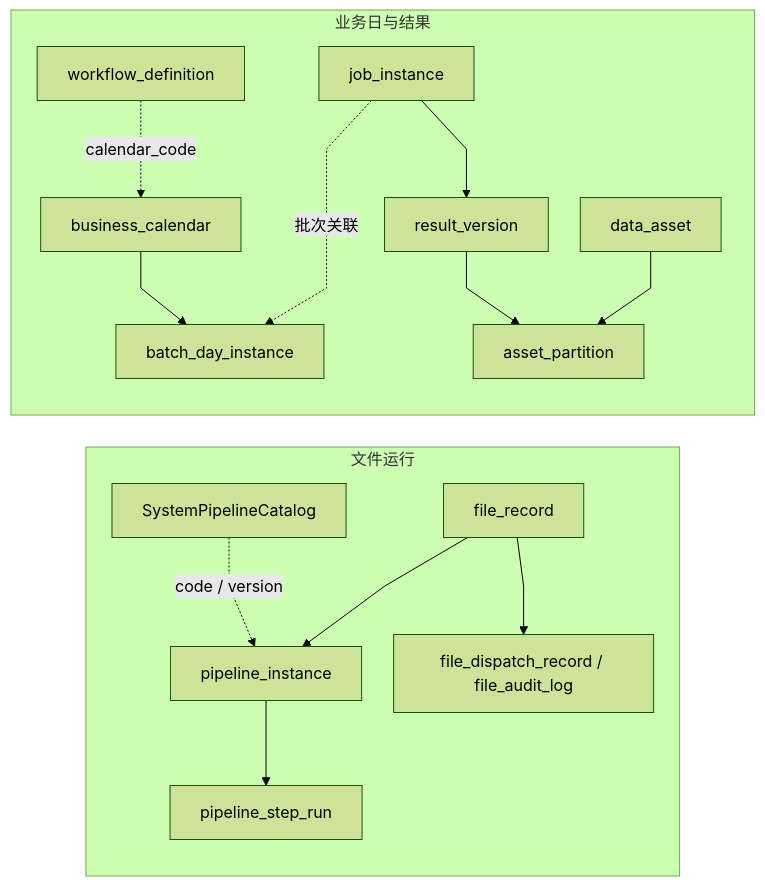
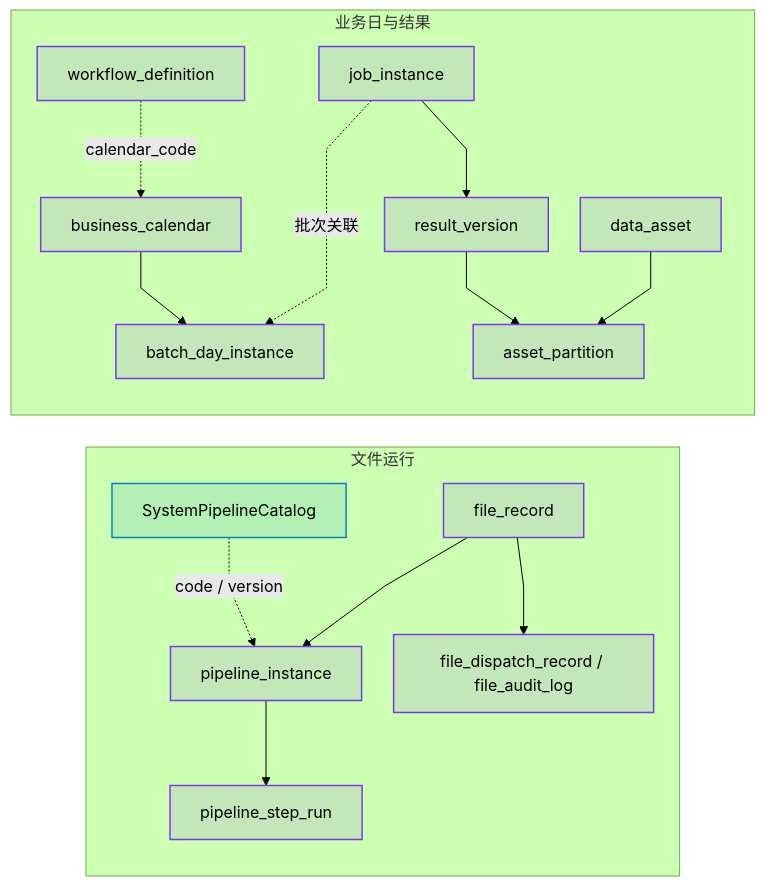
One commit to pinpols/file-batch-system changed the third of 3 diagrams in docs/design/database-schema-guide.md. Above: the diagram before and after it, drawn with Mermaid (forest theme). The commit also changed other lines of this file and 34 other files, not shown here.

First line of the commit message:
docs(diagram): 完成 P3 Mermaid 图样式收口并补充制图规范 (#1390)

````diff
--- a/docs/design/database-schema-guide.md
+++ b/docs/design/database-schema-guide.md
@@ -73,18 +79,21 @@
 ```mermaid
 %%{init: {"flowchart":{"curve":"linear","nodeSpacing":32,"rankSpacing":48},"sequence":{"mirrorActors":false}}}%%
 flowchart LR
   subgraph files[文件运行]
-    F[file_record] --> PI[pipeline_instance]
-    C[SystemPipelineCatalog] -. code / version .-> PI
-    PI --> PS[pipeline_step_run]
-    F --> FD[file_dispatch_record / file_audit_log]
+    F[file_record]:::store --> PI[pipeline_instance]:::store
+    C[SystemPipelineCatalog]:::control -. code / version .-> PI
+    PI --> PS[pipeline_step_run]:::store
+    F --> FD[file_dispatch_record / file_audit_log]:::store
   end
   subgraph results[业务日与结果]
-    WF[workflow_definition] -. calendar_code .-> BC[business_calendar]
-    BC --> BD[batch_day_instance]
-    J[job_instance] -. 批次关联 .-> BD
-    J --> RV[result_version]
-    RV --> AP[asset_partition]
-    DA[data_asset] --> AP
+    WF[workflow_definition]:::store -. calendar_code .-> BC[business_calendar]:::store
+    BC --> BD[batch_day_instance]:::store
+    J[job_instance]:::store -. 批次关联 .-> BD
+    J --> RV[result_version]:::store
+    RV --> AP[asset_partition]:::store
+    DA[data_asset]:::store --> AP
   end
+
+  classDef control fill:#0284c71f,stroke:#0284c7,stroke-width:1.5px
+  classDef store fill:#7c3aed1f,stroke:#7c3aed,stroke-width:1.5px
 ```
````
